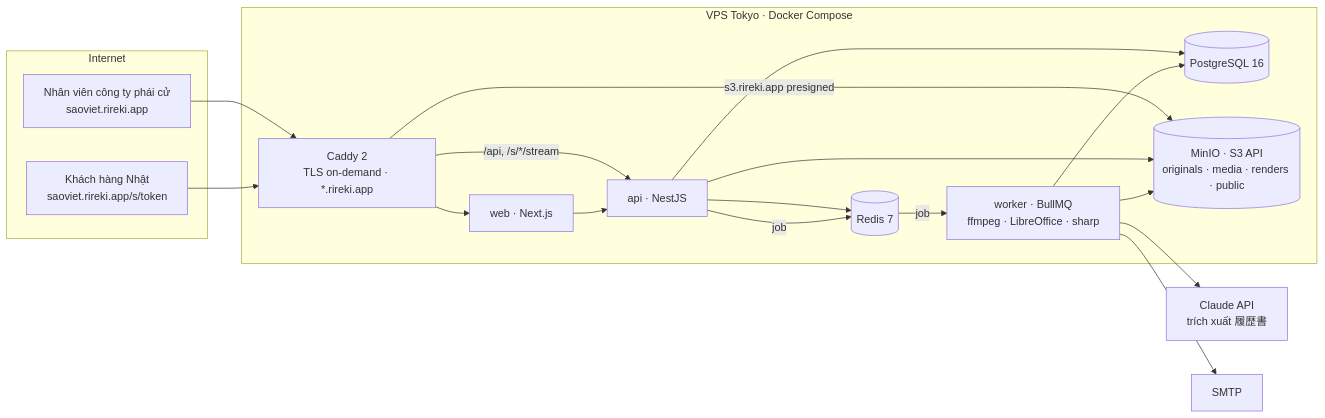
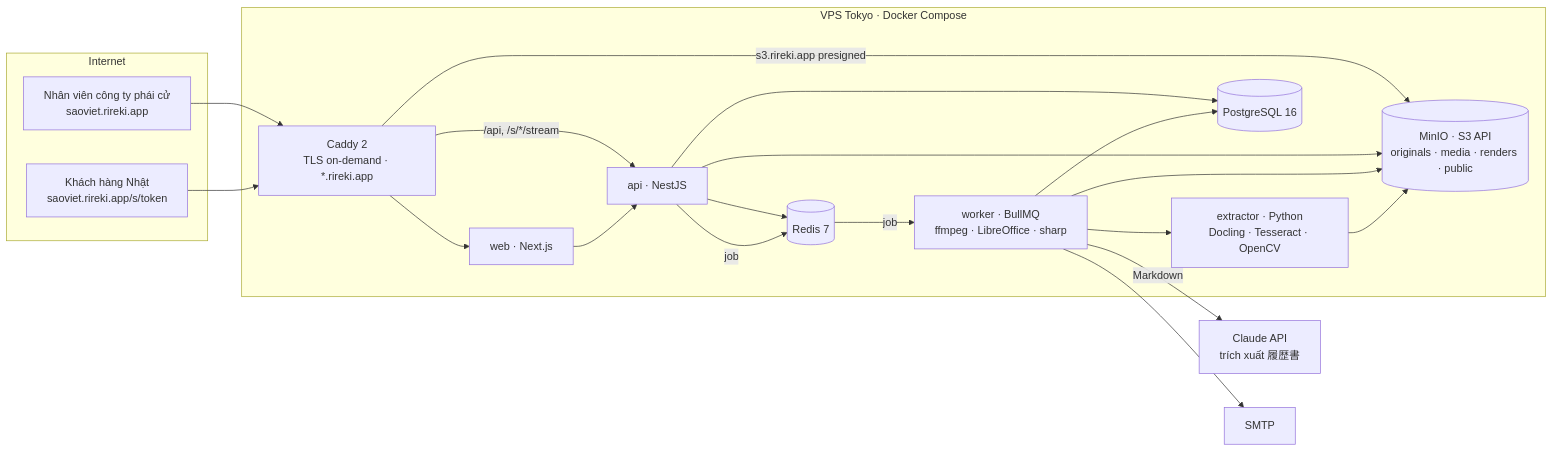
One commit to bangdh/rireki changed the first of 2 diagrams in docs/tech-stack.md. Above: the diagram before and after it, drawn with Mermaid. The commit also changed other lines of this file and 5 other files, not shown here.

````diff
--- a/docs/tech-stack.md
+++ b/docs/tech-stack.md
@@ -26,33 +26,36 @@
 ```mermaid
 flowchart LR
   subgraph Internet
     Staff[Nhân viên công ty phái cử<br/>saoviet.rireki.app]
     Client[Khách hàng Nhật<br/>saoviet.rireki.app/s/token]
   end
   subgraph VPS["VPS Tokyo · Docker Compose"]
     Caddy[Caddy 2<br/>TLS on-demand · *.rireki.app]
     Web[web · Next.js]
     API[api · NestJS]
     Worker[worker · BullMQ<br/>ffmpeg · LibreOffice · sharp]
+    Extractor[extractor · Python<br/>Docling · Tesseract · OpenCV]
     PG[(PostgreSQL 16)]
     Redis[(Redis 7)]
     MinIO[(MinIO · S3 API<br/>originals · media · renders · public)]
   end
   Claude[Claude API<br/>trích xuất 履歴書]
   SMTP[SMTP]
   Staff --> Caddy
   Client --> Caddy
   Caddy --> Web
   Caddy -->|/api, /s/*/stream| API
   Caddy -->|s3.rireki.app presigned| MinIO
   Web --> API
   API --> PG
   API --> Redis
   API --> MinIO
   API -->|job| Redis
   Redis -->|job| Worker
   Worker --> MinIO
   Worker --> PG
-  Worker --> Claude
+  Worker --> Extractor
+  Extractor --> MinIO
+  Worker -->|Markdown| Claude
   Worker --> SMTP
 ```
````
